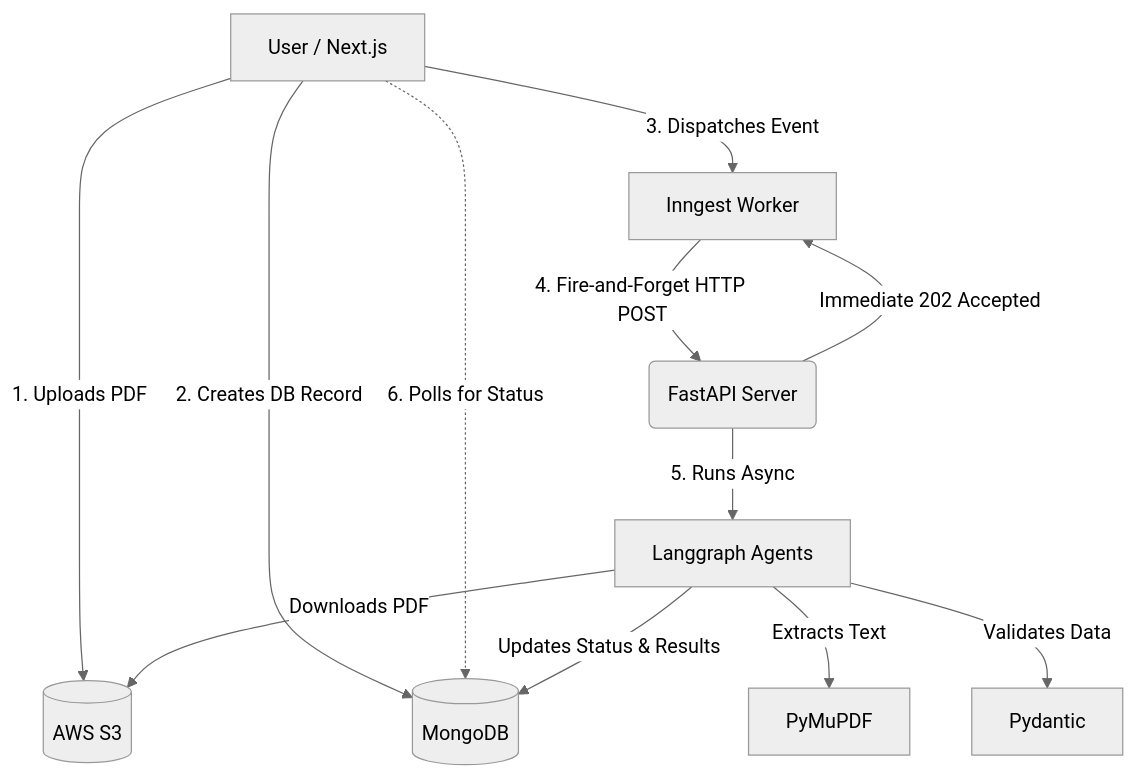
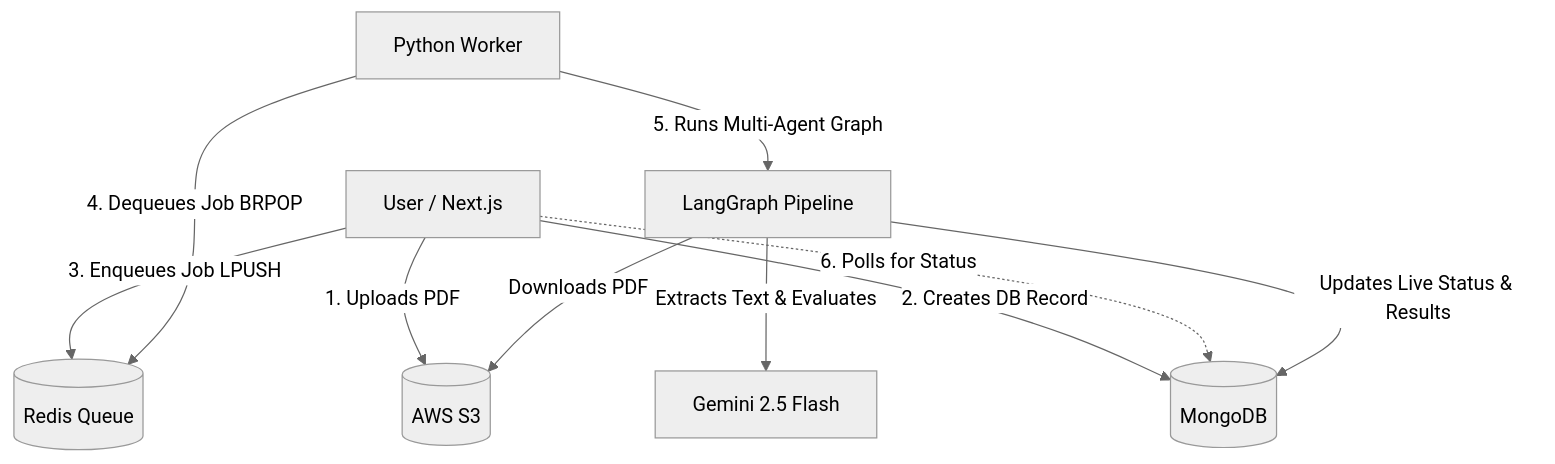
Before and after one commit to NINAD-17/Resumarq: the diagram in README.md, drawn with Mermaid (neutral theme). The commit also changed other lines of this file and 24 other files, not shown here.

First line of the commit message:
feat(worker): migrate from Inngest to Redis queue & workers

````diff
--- a/README.md
+++ b/README.md
@@ -29,16 +29,13 @@
 ```mermaid
 graph TD
     A[User / Next.js] -->|1. Uploads PDF| C[(AWS S3)]
     A -->|2. Creates DB Record| H[(MongoDB)]
-    A -->|3. Dispatches Event| D[Inngest Worker]
+    A -->|3. Enqueues Job LPUSH| D[(Redis Queue)]
     A -.->|6. Polls for Status| H
     
-    D -->|4. Fire-and-Forget HTTP POST| B(FastAPI Server)
-    B -->|Immediate 202 Accepted| D
-    
-    B -->|5. Runs Async| E[Langgraph Agents]
-    E -->|Downloads PDF| C
-    E -->|Extracts Text| F[PyMuPDF]
-    E -->|Validates Data| G[Pydantic]
-    E -->|Updates Status & Results| H
+    E[Python Worker] -->|4. Dequeues Job BRPOP| D
+    E -->|5. Runs Multi-Agent Graph| G[LangGraph Pipeline]
+    G -->|Downloads PDF| C
+    G -->|Extracts Text & Evaluates| F[Gemini 2.5 Flash]
+    G -->|Updates Live Status & Results| H
 ```
````
